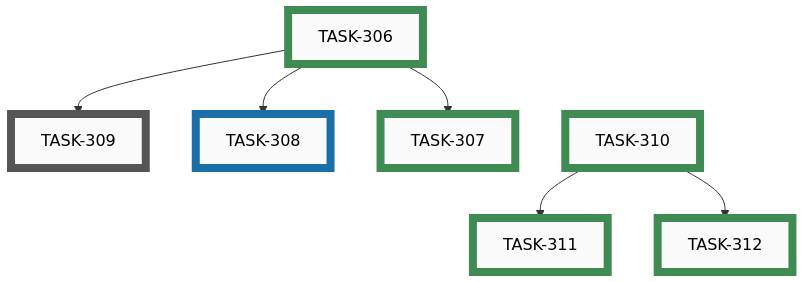
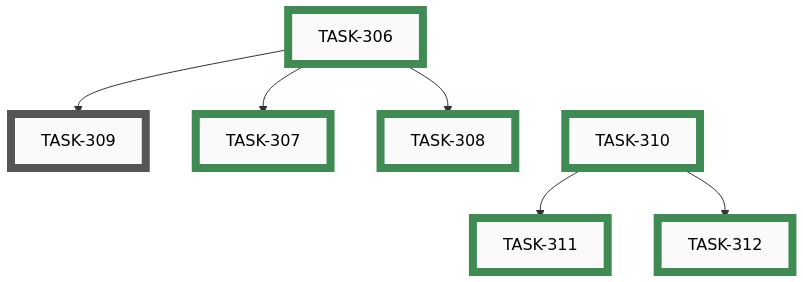
One commit to tgd1975/AwesomeStudioPedal changed the fifth of 7 diagrams in docs/developers/tasks/EPICS.md. Above: the diagram before and after it, drawn with Mermaid. The commit also changed other lines of this file and 3 other files, not shown here.

Commit message:
close TASK-308: Profile-independent actions — web config builder support

````diff
--- a/docs/developers/tasks/EPICS.md
+++ b/docs/developers/tasks/EPICS.md
@@ -162,31 +162,31 @@
 ```mermaid
 graph TD
     TASK_309["TASK-309"]:::open
-    TASK_308["TASK-308"]:::active
     TASK_306["TASK-306"]:::closed
     TASK_307["TASK-307"]:::closed
+    TASK_308["TASK-308"]:::closed
     TASK_310["TASK-310"]:::closed
     TASK_311["TASK-311"]:::closed
     TASK_312["TASK-312"]:::closed
     TASK_306 --> TASK_309
+    TASK_306 --> TASK_307
     TASK_306 --> TASK_308
-    TASK_306 --> TASK_307
     TASK_310 --> TASK_311
     TASK_310 --> TASK_312
     TASK_306 ~~~ TASK_310
     click TASK_309 "open/task-309-profile-independent-actions-flutter-app.md"
-    click TASK_308 "active/task-308-profile-independent-actions-config-builder.md"
     click TASK_306 "closed/task-306-profile-independent-actions-firmware.md"
     click TASK_307 "closed/task-307-profile-independent-actions-simulator.md"
+    click TASK_308 "closed/task-308-profile-independent-actions-config-builder.md"
     click TASK_310 "closed/task-310-configurable-ble-device-name-firmware.md"
     click TASK_311 "closed/task-311-configurable-ble-device-name-config-builder.md"
     click TASK_312 "closed/task-312-configurable-ble-device-name-flutter-app.md"
     classDef open    fill:#FAFAFA,stroke:#555,stroke-width:8px,color:#000
     classDef active  fill:#FAFAFA,stroke:#1A6FA8,stroke-width:8px,color:#000
     classDef closed  fill:#FAFAFA,stroke:#3F8B53,stroke-width:8px,color:#000
     classDef paused  fill:#FAFAFA,stroke:#B07810,stroke-width:8px,color:#000
     classDef openExt    fill:#000,stroke:#888,stroke-width:8px,color:#FFF
     classDef activeExt  fill:#000,stroke:#3FA9F5,stroke-width:8px,color:#FFF
     classDef closedExt  fill:#000,stroke:#7CC68A,stroke-width:8px,color:#FFF
     classDef pausedExt  fill:#000,stroke:#F0B030,stroke-width:8px,color:#FFF
 ```
````
